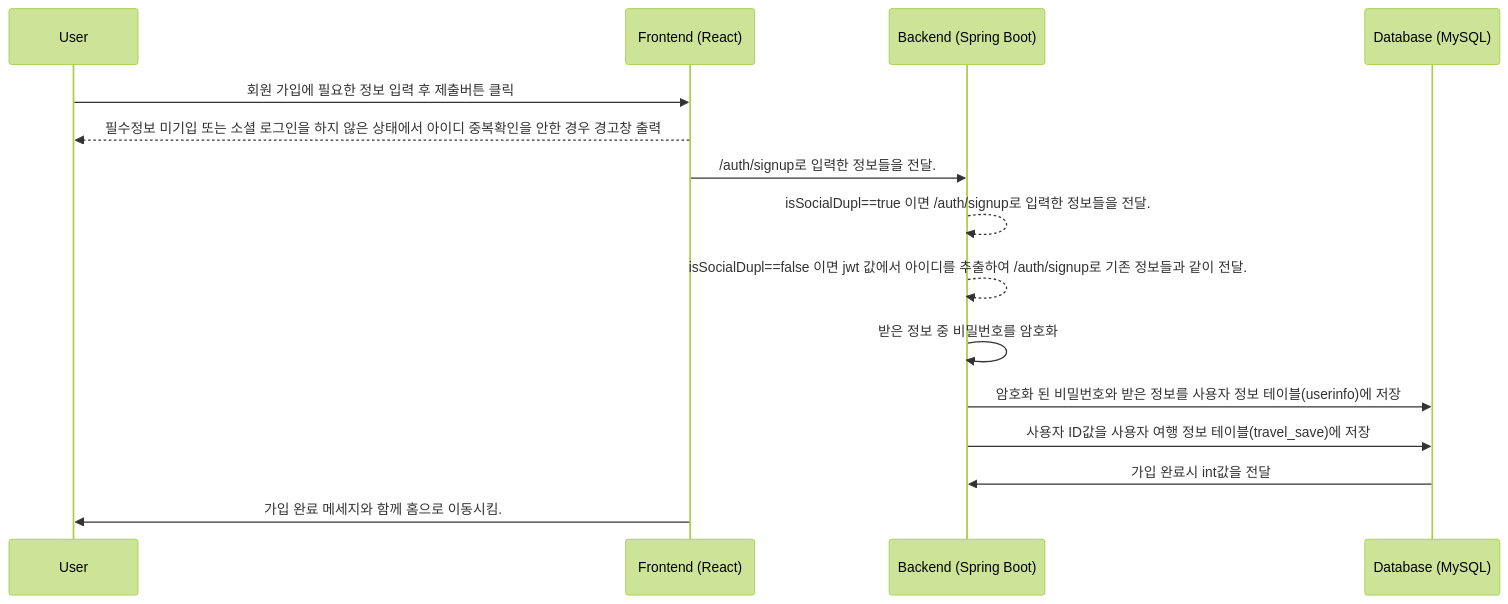
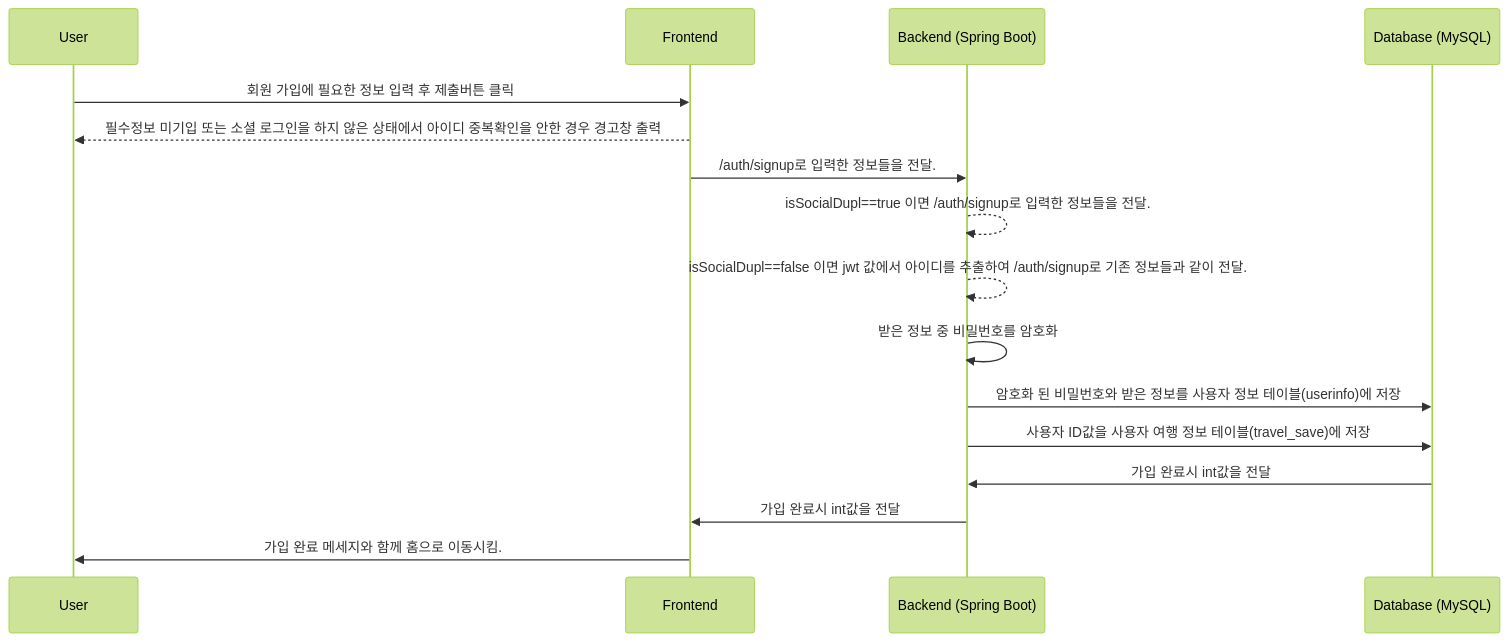
Before and after one commit to SUNGJISUCK95/teamproject: the second of 5 diagrams in bicycle-app/frontend/Auth.md, drawn with Mermaid (forest theme). The commit also changed other lines of this file, not shown here.

````diff
--- a/bicycle-app/frontend/Auth.md
+++ b/bicycle-app/frontend/Auth.md
@@ -24,18 +24,19 @@
 ```mermaid
 sequenceDiagram
     participant User
-    participant Frontend as Frontend (React)
+    participant Frontend as Frontend
     participant Backend as Backend (Spring Boot)
     participant DB as Database (MySQL)
 %% 2. 회원가입
     User->>Frontend: 회원 가입에 필요한 정보 입력 후 제출버튼 클릭
     Frontend-->>User : 필수정보 미기입 또는 소셜 로그인을 하지 않은 상태에서 아이디 중복확인을 안한 경우 경고창 출력
     Frontend->>Backend: /auth/signup로 입력한 정보들을 전달.
     Backend-->>Backend: isSocialDupl==true 이면 /auth/signup로 입력한 정보들을 전달. 
     Backend-->>Backend: isSocialDupl==false 이면 jwt 값에서 아이디를 추출하여 /auth/signup로 기존 정보들과 같이 전달.
     Backend->>Backend : 받은 정보 중 비밀번호를 암호화
     Backend->>DB: 암호화 된 비밀번호와 받은 정보를 사용자 정보 테이블(userinfo)에 저장
     Backend->>DB: 사용자 ID값을 사용자 여행 정보 테이블(travel_save)에 저장
     DB->>Backend: 가입 완료시 int값을 전달
+    Backend->>Frontend: 가입 완료시 int값을 전달
     Frontend->>User : 가입 완료 메세지와 함께 홈으로 이동시킴.
 ```
````
